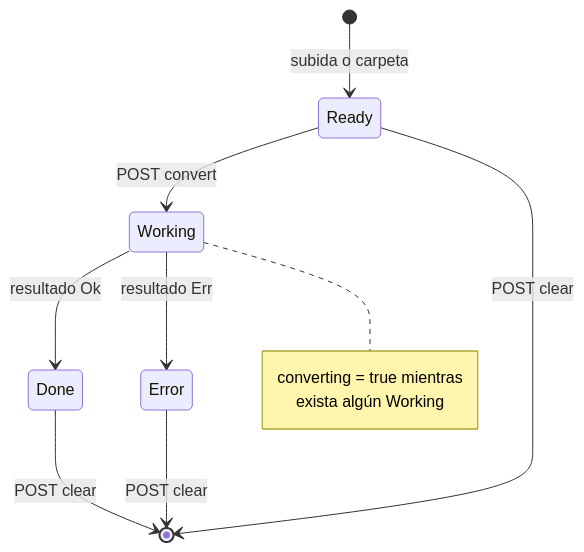
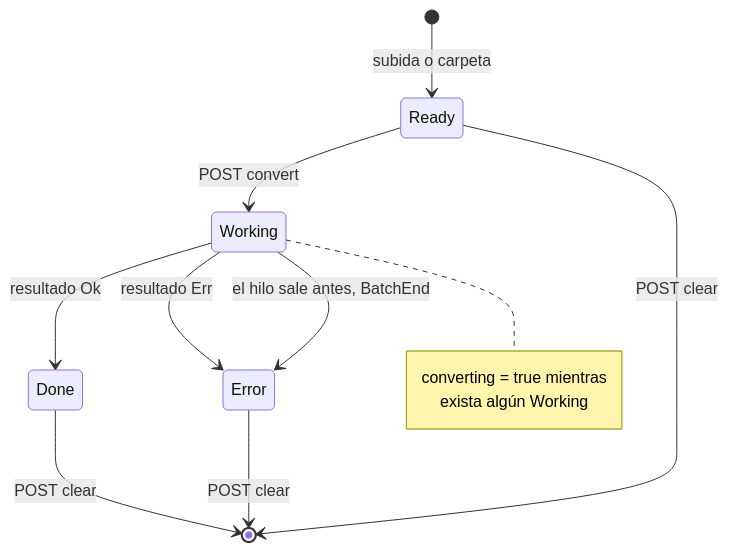
The first of 12 diagrams in docs/codebase/STATE_MACHINES.md (s110/resizer), drawn with Mermaid before and after one commit. The commit also changed other lines of this file, not shown here.

````diff
--- a/docs/codebase/STATE_MACHINES.md
+++ b/docs/codebase/STATE_MACHINES.md
@@ -94,14 +99,15 @@
 ```mermaid
 stateDiagram-v2
     [*] --> Ready: subida o carpeta
     Ready --> Working: POST convert
     Working --> Done: resultado Ok
     Working --> Error: resultado Err
+    Working --> Error: el hilo sale antes, BatchEnd
     Ready --> [*]: POST clear
     Done --> [*]: POST clear
     Error --> [*]: POST clear
     note right of Working
         converting = true mientras
         exista algún Working
     end note
 ```
````
